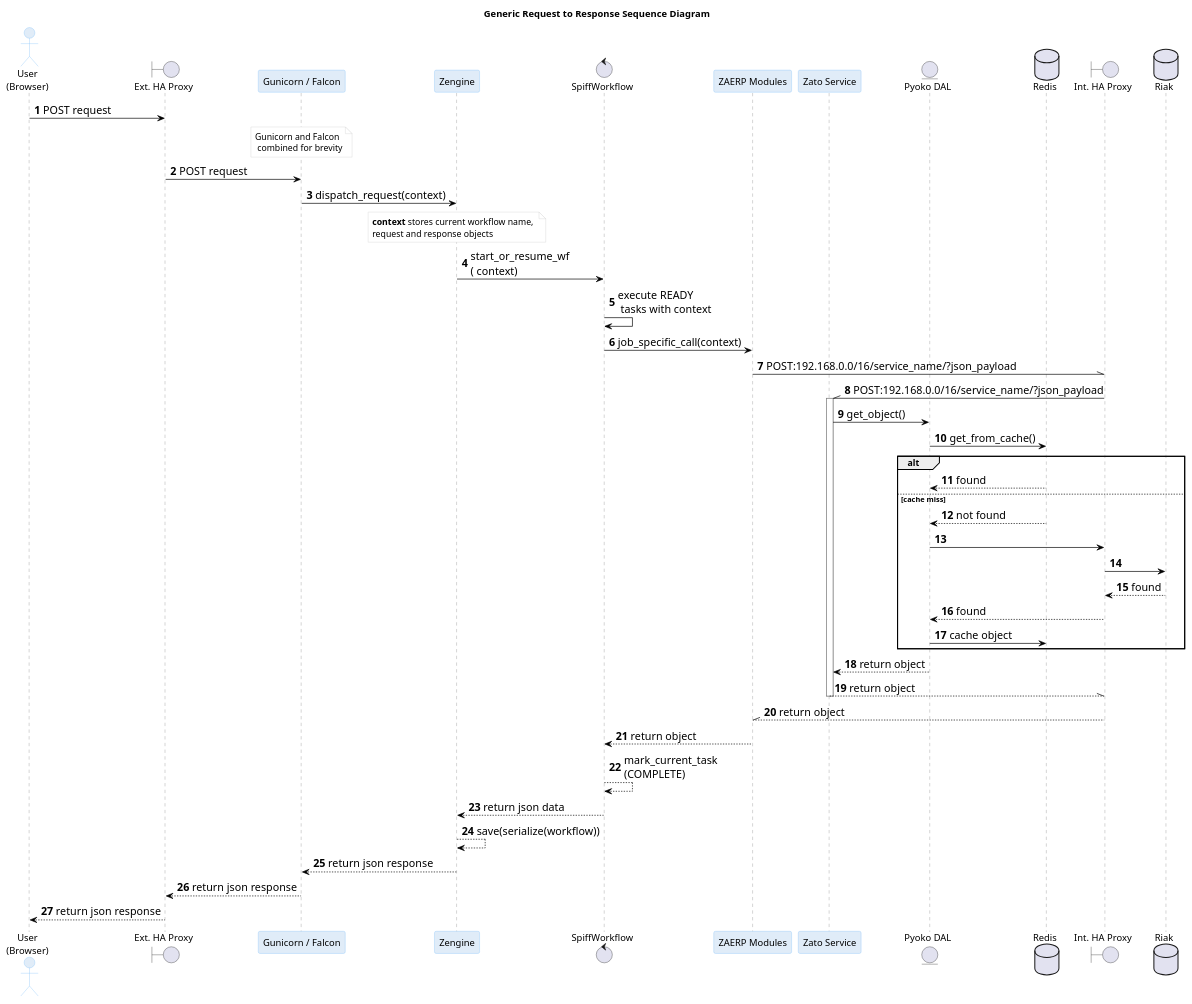
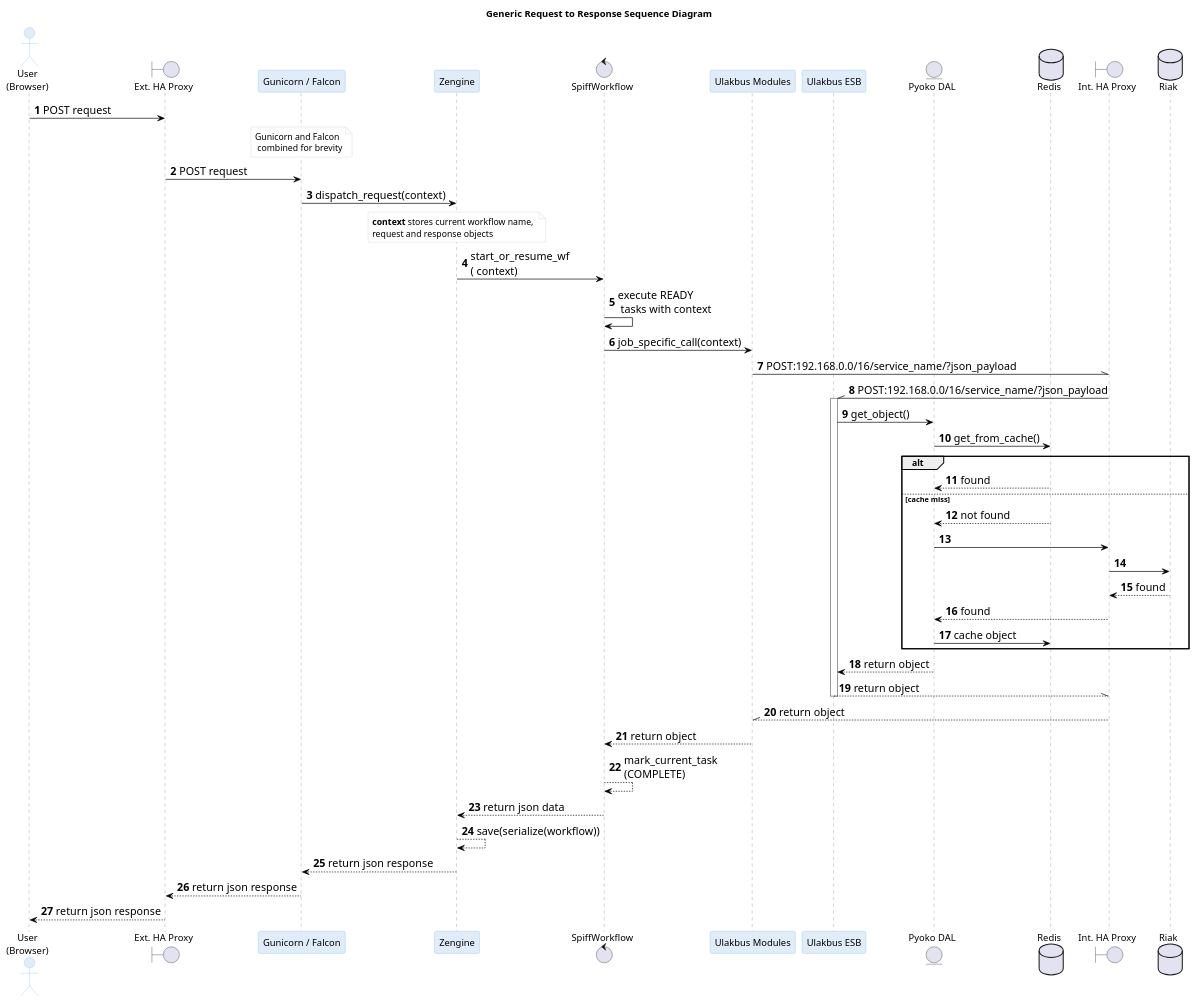
The diagram in source/diagrams/generic_with_zato.puml (zetaops/ulakbus.org), drawn with PlantUML before and after one commit.

```diff
--- a/source/diagrams/generic_with_zato.puml
+++ b/source/diagrams/generic_with_zato.puml
@@ -1,87 +1,87 @@
 @startuml
 autonumber
 
 title Generic Request to Response Sequence Diagram
 
 'skinparam defaultFontSize 16
 skinparam sequenceArrowFontSize 16
 skinparam NoteBackgroundColor #ffffff
 skinparam NoteBorderColor #cccccc
 skinparam sequenceArrowColor #black
 skinparam sequenceLifeLineBorderColor #gray
 skinparam actorBackgroundColor #E0ECF8
 skinparam actorBorderColor #81BEF7
 skinparam participantBackgroundColor #E0ECF8
 skinparam participantBorderColor #81BEF7
 
 
 actor "User\n(Browser)" as brw
 boundary "Ext. HA Proxy" as ehp
 participant "Gunicorn / Falcon" as fal
 participant "Zengine" as zen
 control "SpiffWorkflow" as wfe
-participant "ZAERP Modules" as modls
-participant "Zato Service" as zato
+participant "Ulakbus Modules" as modls
+participant "Ulakbus ESB" as zato
 entity "Pyoko DAL" as pyoko
 database "Redis" as c
 boundary "Int. HA Proxy" as ihp
 database "Riak" as riak
 
 
 brw -> ehp: POST request
 note over fal: Gunicorn and Falcon\n combined for brevity
 
 ehp -> fal : POST request
 
 fal -> zen :dispatch_request(context)
 note over zen : <b>context</b> stores current workflow name, \nrequest and response objects
 
 zen -> wfe :start_or_resume_wf\n( context)
 
 wfe -> wfe :execute READY \n tasks with context
 
 
 wfe -> modls :job_specific_call(context)
 
 
 modls -\\ ihp : POST:192.168.0.0/16/service_name/?json_payload
 
 ihp -\\ zato : POST:192.168.0.0/16/service_name/?json_payload
 activate zato
 zato -> pyoko  : get_object()
 
 pyoko -> c : get_from_cache()
 
 alt
 pyoko <--  c: found
 else cache miss
 
 pyoko <--  c: not found
 pyoko -> ihp
 ihp -> riak
 ihp <-- riak: found
 pyoko <-- ihp : found
 pyoko -> c: cache object
 
 end
 
 zato <-- pyoko : return object
 
 ihp //-- zato : return object
 deactivate zato
 modls //-- ihp : return object
 
 wfe <-- modls  : return object
 
 wfe --> wfe  : mark_current_task\n(COMPLETE)
 
 
 zen <--  wfe: return json data
 zen --> zen : save(serialize(workflow))
 fal <--  zen : return json response
 
 ehp <-- fal  : return json response
 
 brw <-- ehp : return json response
 
 @enduml
```
